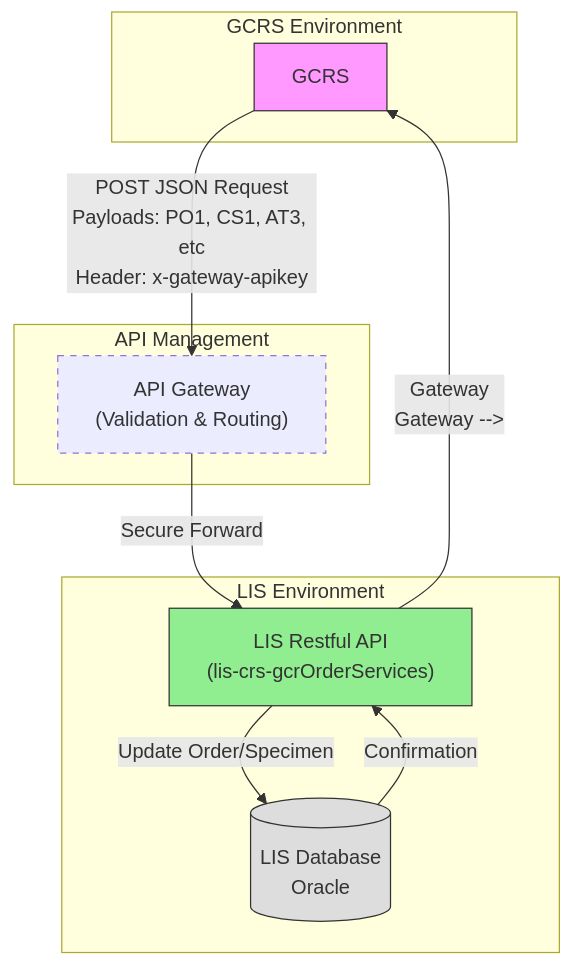
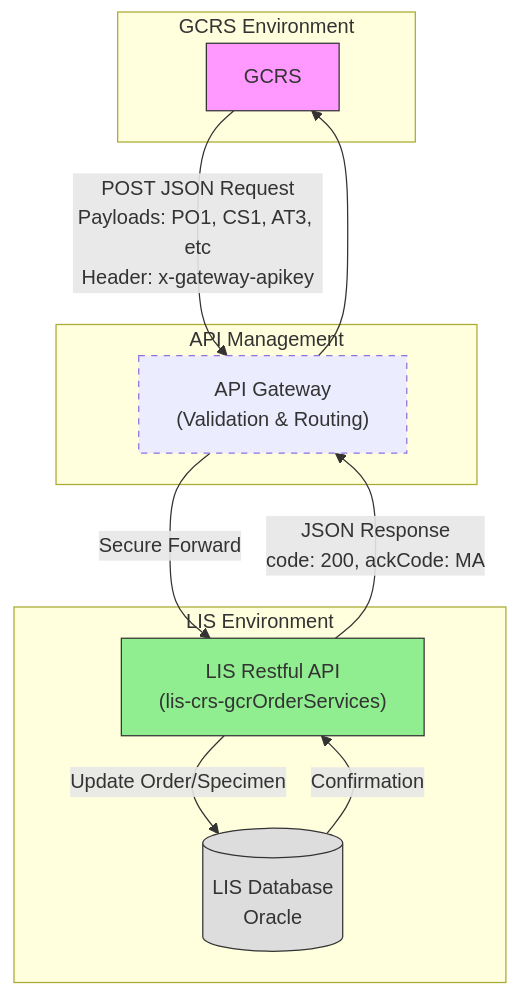
The first of 2 diagrams in CRS/Order Gateway/Technical Diagram.md (DragonChong/HA-Notes), drawn with Mermaid before and after one commit.

Commit message:
vault backup: 2026-03-05 11:23:13

````diff
--- a/CRS/Order Gateway/Technical Diagram.md
+++ b/CRS/Order Gateway/Technical Diagram.md
@@ -2,30 +2,30 @@
 ```mermaid
 flowchart TD
     %% Node Definitions
     subgraph GCRS_Env [GCRS Environment]
         GCRS["GCRS"]
     end
 
     subgraph API_Mgmt [API Management]
         Gateway["API Gateway<br/>(Validation & Routing)"]
     end
 
     subgraph LIS_Env [LIS Environment]
         API["LIS Restful API<br/>(lis-crs-gcrOrderServices)"]
         DB[(LIS Database<br/>Oracle)]
     end
 
     %% Connections
     GCRS -->|POST JSON Request<br/>Payloads: PO1, CS1, AT3, etc<br/>Header: x-gateway-apikey| Gateway
     Gateway -->|Secure Forward| API
     API -->|Update Order/Specimen| DB
     DB -->|Confirmation| API
-    API -->| Gateway
-    Gateway -->| GCRS
+    API --> |JSON Response<br/>code: 200, ackCode: MA| Gateway
+    Gateway --> GCRS
 
     %% Styling
     style GCRS fill:#FF99FF,stroke:#333,stroke-width:1px
     style API fill:#90EE90,stroke:#333,stroke-width:1px
     style Gateway stroke-dasharray: 5 5
     style DB fill:#DDD,stroke:#333
 ```
````
